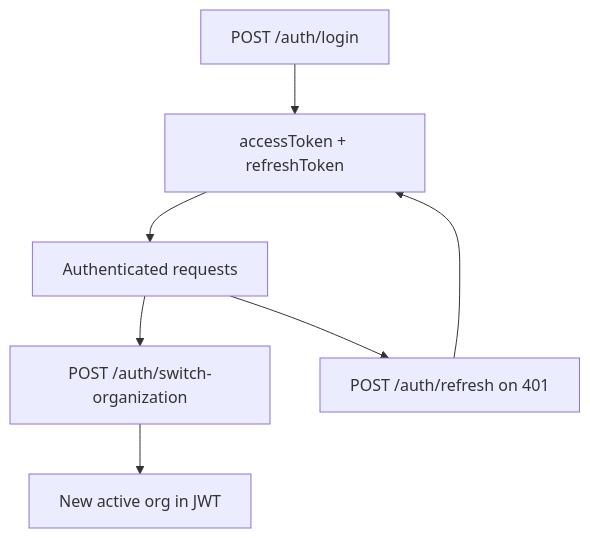
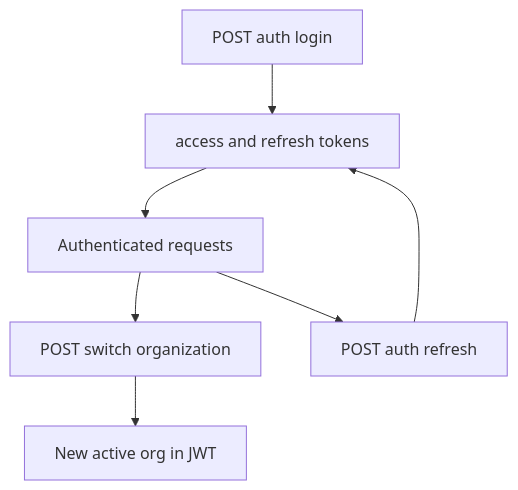
One commit to defector221/FlowLedgerAPI changed the fourth of 6 diagrams in README.md. Above: the diagram before and after it, drawn with Mermaid. The commit also changed other lines of this file and 15 other files, not shown here.

````diff
--- a/README.md
+++ b/README.md
@@ -142,9 +141,9 @@
 ```mermaid
 flowchart TD
-  Login[POST /auth/login] --> Tokens[accessToken + refreshToken]
-  Tokens --> Request[Authenticated requests]
-  Request --> Switch[POST /auth/switch-organization]
-  Switch --> NewContext[New active org in JWT]
-  Request --> Refresh[POST /auth/refresh on 401]
+  Login["POST auth login"] --> Tokens["access and refresh tokens"]
+  Tokens --> Request["Authenticated requests"]
+  Request --> Switch["POST switch organization"]
+  Switch --> NewContext["New active org in JWT"]
+  Request --> Refresh["POST auth refresh"]
   Refresh --> Tokens
 ```
````
